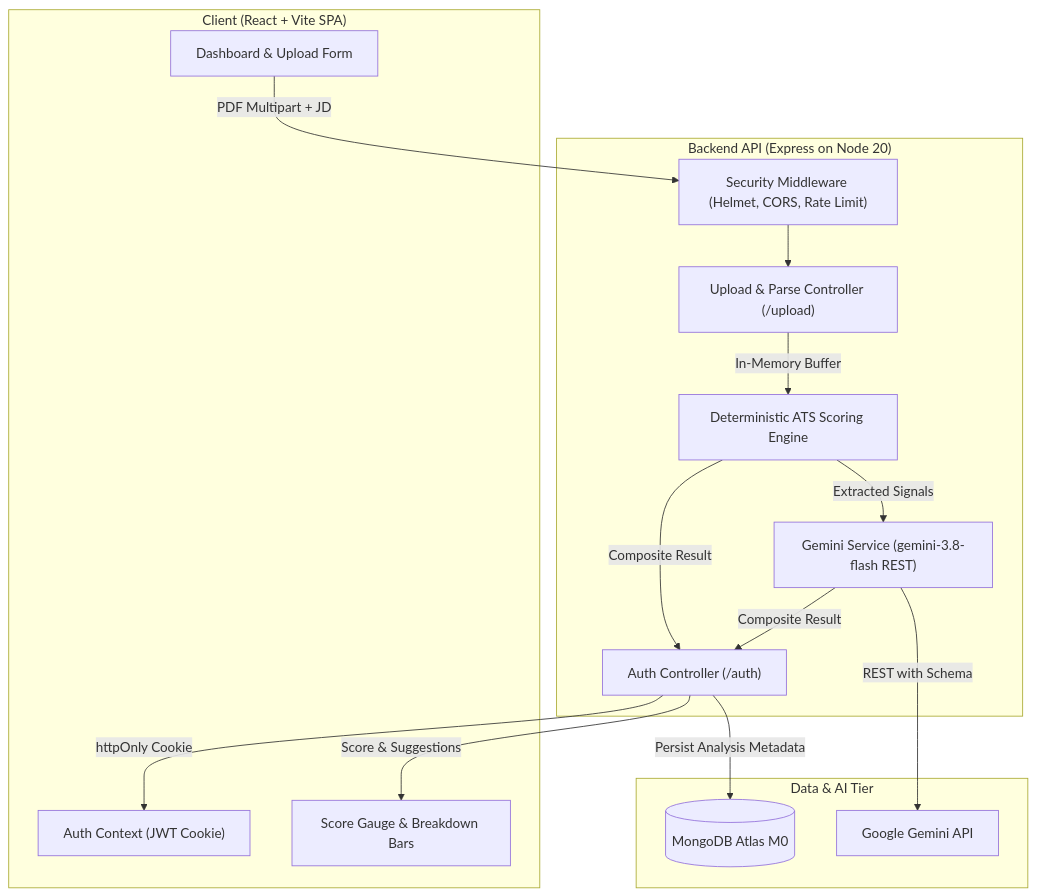
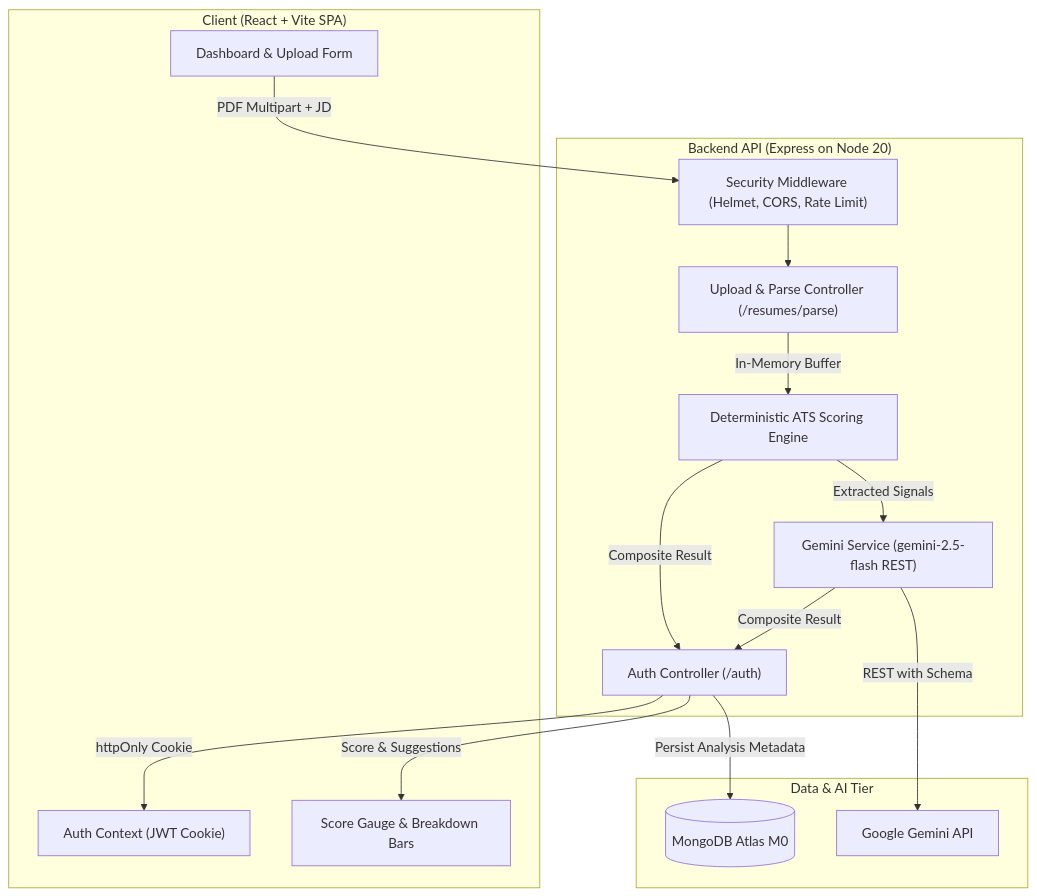
The diagram in README.md (Kaustubhh-Deshmukh-Git/AI-ATS-Resume-Analyzer), drawn with Mermaid before and after one commit. The commit also changed other lines of this file and 52 other files, not shown here.

````diff
--- a/README.md
+++ b/README.md
@@ -43,31 +43,31 @@
 ```mermaid
 flowchart TD
     subgraph Client["Client (React + Vite SPA)"]
         UI["Dashboard & Upload Form"]
         AuthCtx["Auth Context (JWT Cookie)"]
         Gauge["Score Gauge & Breakdown Bars"]
     end
 
     subgraph API["Backend API (Express on Node 20)"]
         Middleware["Security Middleware (Helmet, CORS, Rate Limit)"]
         AuthCtrl["Auth Controller (/auth)"]
-        UploadCtrl["Upload & Parse Controller (/upload)"]
+        UploadCtrl["Upload & Parse Controller (/resumes/parse)"]
         Engine["Deterministic ATS Scoring Engine"]
-        GeminiSvc["Gemini Service (gemini-3.8-flash REST)"]
+        GeminiSvc["Gemini Service (gemini-2.5-flash REST)"]
     end
 
     subgraph External["Data & AI Tier"]
         Mongo[("MongoDB Atlas M0")]
         GoogleAI["Google Gemini API"]
     end
 
     UI -->|PDF Multipart + JD| Middleware
     Middleware --> UploadCtrl
     UploadCtrl -->|In-Memory Buffer| Engine
     Engine -->|Extracted Signals| GeminiSvc
     GeminiSvc -->|REST with Schema| GoogleAI
     Engine & GeminiSvc -->|Composite Result| AuthCtrl
     AuthCtrl -->|Persist Analysis Metadata| Mongo
     AuthCtrl -->|httpOnly Cookie| AuthCtx
     AuthCtrl -->|Score & Suggestions| Gauge
 ```
````
